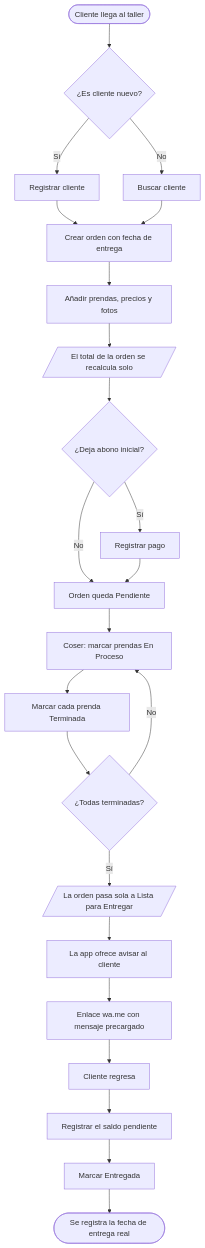
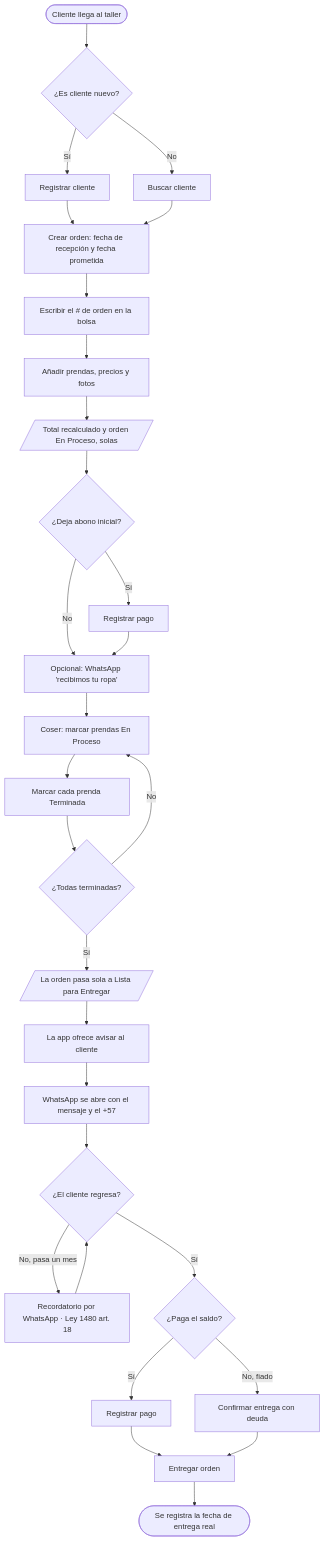
One commit to Aryannext/Costura-app changed the ninth of 16 diagrams in docs/02-diseno/DIAGRAMAS.md. Above: the diagram before and after it, drawn with Mermaid. The commit also changed other lines of this file and 1 other file, not shown here.

First line of the commit message:
Diagramas: casos de uso por actor, flujo del negocio corregido y despliegue con Docker

````diff
--- a/docs/02-diseno/DIAGRAMAS.md
+++ b/docs/02-diseno/DIAGRAMAS.md
@@ -289,30 +429,36 @@
 ```mermaid
 flowchart TD
     Inicio([Cliente llega al taller]) --> P1{¿Es cliente nuevo?}
     P1 -- Sí --> P2[Registrar cliente]
     P1 -- No --> P3[Buscar cliente]
 
-    P2 --> P4[Crear orden con fecha de entrega]
+    P2 --> P4[Crear orden: fecha de recepción y fecha prometida]
     P3 --> P4
 
-    P4 --> P5[Añadir prendas, precios y fotos]
-    P5 --> P6[/El total de la orden se recalcula solo/]
+    P4 --> PB[Escribir el # de orden en la bolsa]
+    PB --> P5[Añadir prendas, precios y fotos]
+    P5 --> P6[/Total recalculado y orden En Proceso, solas/]
     P6 --> P7{¿Deja abono inicial?}
     P7 -- Sí --> P8[Registrar pago]
-    P7 -- No --> P9[Orden queda Pendiente]
+    P7 -- No --> P9[Opcional: WhatsApp 'recibimos tu ropa']
     P8 --> P9
 
     P9 --> P10[Coser: marcar prendas En Proceso]
     P10 --> P11[Marcar cada prenda Terminada]
     P11 --> P12{¿Todas terminadas?}
     P12 -- Sí --> P13[/La orden pasa sola a Lista para Entregar/]
     P12 -- No --> P10
 
     P13 --> P14[La app ofrece avisar al cliente]
-    P14 --> P15[Enlace wa.me con mensaje precargado]
+    P14 --> P15[WhatsApp se abre con el mensaje y el +57]
 
-    P15 --> P16[Cliente regresa]
-    P16 --> P17[Registrar el saldo pendiente]
-    P17 --> P18[Marcar Entregada]
+    P15 --> P16{¿El cliente regresa?}
+    P16 -- No, pasa un mes --> P19[Recordatorio por WhatsApp · Ley 1480 art. 18]
+    P19 --> P16
+    P16 -- Sí --> P17{¿Paga el saldo?}
+    P17 -- Sí --> P20[Registrar pago]
+    P17 -- No, fiado --> P21[Confirmar entrega con deuda]
+    P20 --> P18[Entregar orden]
+    P21 --> P18
     P18 --> Fin([Se registra la fecha de entrega real])
 ```
````
